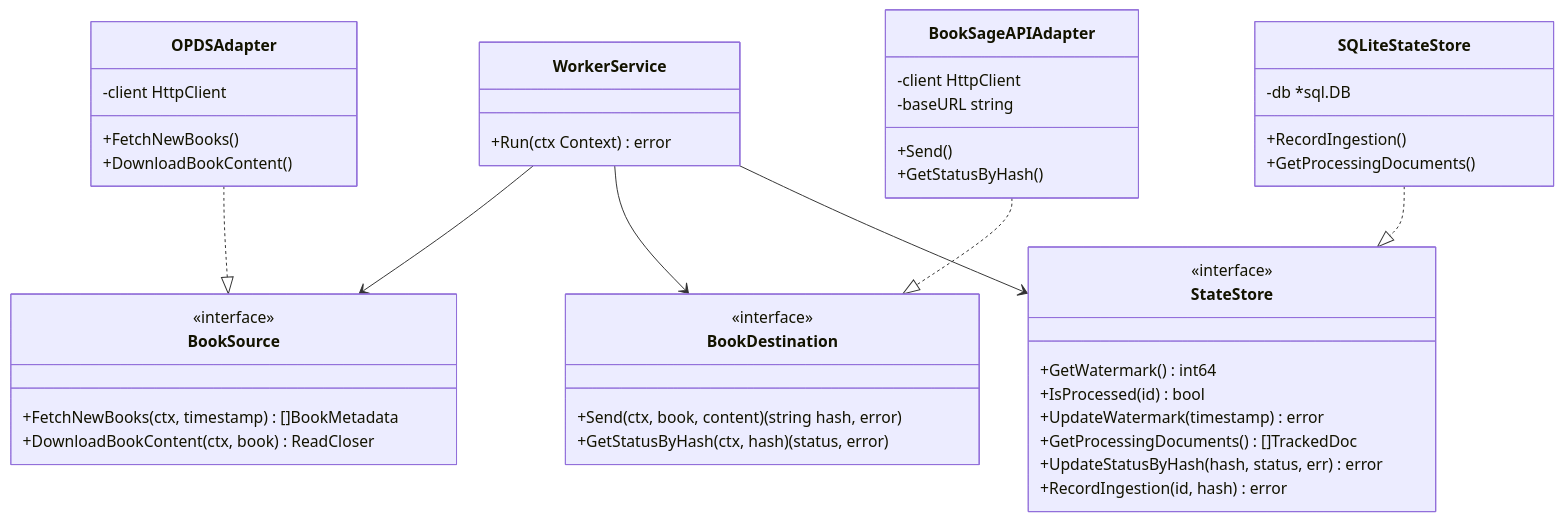
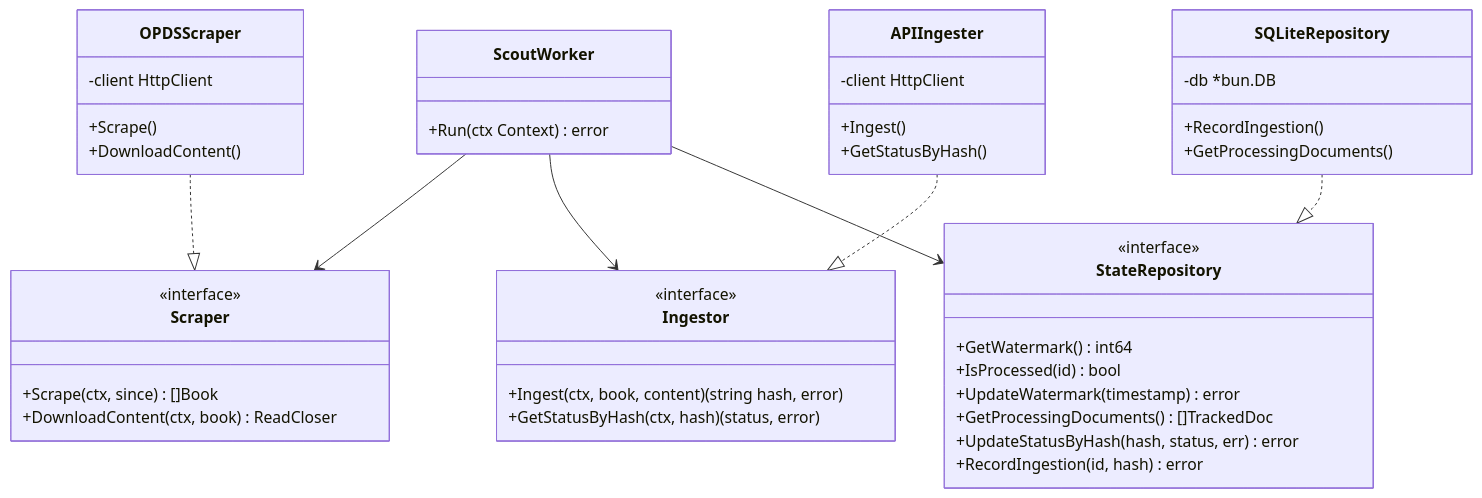
One commit to tamara1031/booksage changed the second of 4 diagrams in bookscout/ARCHITECTURE.md. Above: the diagram before and after it, drawn with Mermaid. The commit also changed other lines of this file and 2 other files, not shown here.

Commit message:
feat: Refactor BookScout to a layered (DDD) architecture with renamed components, update environment variables, and expand BookSage worker documentation.

````diff
--- a/bookscout/ARCHITECTURE.md
+++ b/bookscout/ARCHITECTURE.md
@@ -48,57 +67,56 @@
 ```mermaid
 classDiagram
     direction TB
 
-    class WorkerService {
+    class ScoutWorker {
         +Run(ctx Context) error
     }
 
-    class BookSource {
+    class Scraper {
         <<interface>>
-        +FetchNewBooks(ctx, timestamp) []BookMetadata
-        +DownloadBookContent(ctx, book) ReadCloser
+        +Scrape(ctx, since) []Book
+        +DownloadContent(ctx, book) ReadCloser
     }
 
-    class BookDestination {
+    class Ingestor {
         <<interface>>
-        +Send(ctx, book, content) (string hash, error)
+        +Ingest(ctx, book, content) (string hash, error)
         +GetStatusByHash(ctx, hash) (status, error)
     }
 
-    class StateStore {
+    class StateRepository {
         <<interface>>
         +GetWatermark() int64
         +IsProcessed(id) bool
         +UpdateWatermark(timestamp) error
         +GetProcessingDocuments() []TrackedDoc
         +UpdateStatusByHash(hash, status, err) error
         +RecordIngestion(id, hash) error
     }
 
-    class OPDSAdapter {
+    class OPDSScraper {
         -client HttpClient
-        +FetchNewBooks()
-        +DownloadBookContent()
+        +Scrape()
+        +DownloadContent()
     }
 
-    class BookSageAPIAdapter {
+    class APIIngester {
         -client HttpClient
-        -baseURL string
-        +Send()
+        +Ingest()
         +GetStatusByHash()
     }
 
-    class SQLiteStateStore {
-        -db *sql.DB
+    class SQLiteRepository {
+        -db *bun.DB
         +RecordIngestion()
         +GetProcessingDocuments()
     }
 
-    WorkerService --> BookSource
-    WorkerService --> BookDestination
-    WorkerService --> StateStore
+    ScoutWorker --> Scraper
+    ScoutWorker --> Ingestor
+    ScoutWorker --> StateRepository
 
-    OPDSAdapter ..|> BookSource
-    BookSageAPIAdapter ..|> BookDestination
-    SQLiteStateStore ..|> StateStore
+    OPDSScraper ..|> Scraper
+    APIIngester ..|> Ingestor
+    SQLiteRepository ..|> StateRepository
 ```
````
